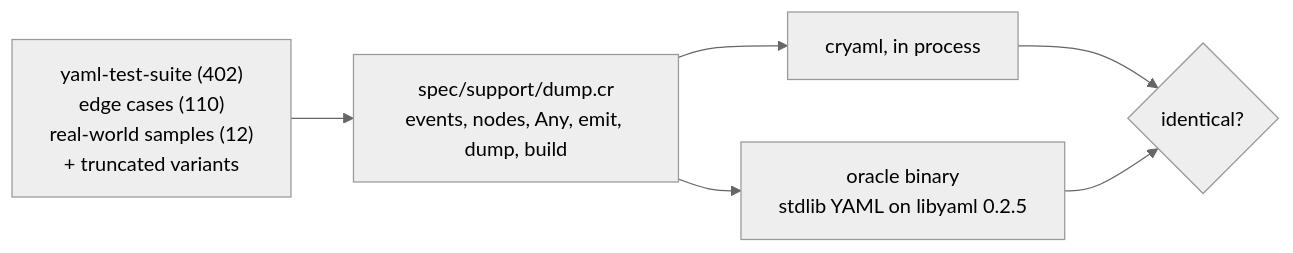
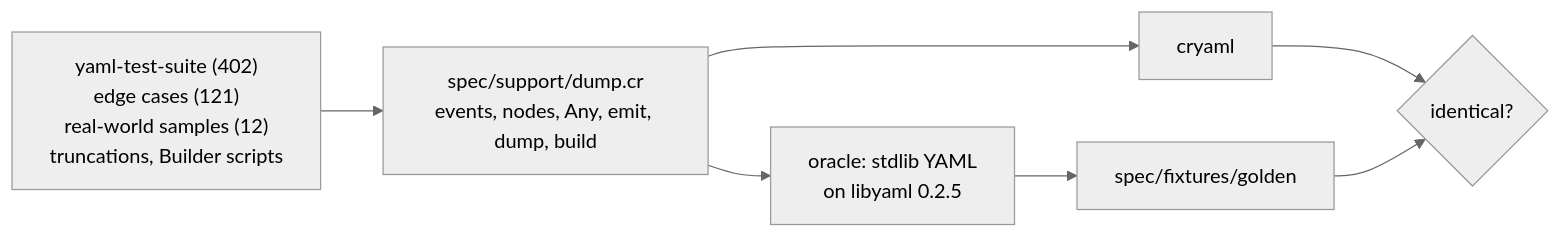
The second of 2 diagrams in docs/ARCHITECTURE.md (sdogruyol/cryaml), drawn with Mermaid (neutral theme) before and after one commit. The commit also changed other lines of this file and 2 other files, not shown here.

First line of the commit message:
CI: wasmtime 2.0 --dir syntax; docs: architecture and roadmap

````diff
--- a/docs/ARCHITECTURE.md
+++ b/docs/ARCHITECTURE.md
@@ -106,8 +132,9 @@
 ```mermaid
 flowchart LR
-    Corpus["yaml-test-suite (402)<br>edge cases (110)<br>real-world samples (12)<br>+ truncated variants"] --> Dump
-    Dump["spec/support/dump.cr<br>events, nodes, Any, emit, dump, build"] --> C["cryaml, in process"]
-    Dump --> O["oracle binary<br>stdlib YAML on libyaml 0.2.5"]
+    Corpus["yaml-test-suite (402)<br>edge cases (121)<br>real-world samples (12)<br>truncations, Builder scripts"] --> Dump
+    Dump["spec/support/dump.cr<br>events, nodes, Any, emit, dump, build"] --> C["cryaml"]
+    Dump --> O["oracle: stdlib YAML<br>on libyaml 0.2.5"]
+    O --> G["spec/fixtures/golden"]
     C --> Cmp{"identical?"}
-    O --> Cmp
+    G --> Cmp
 ```
````
